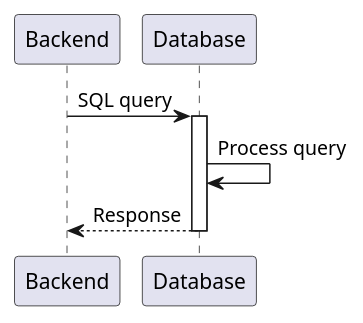
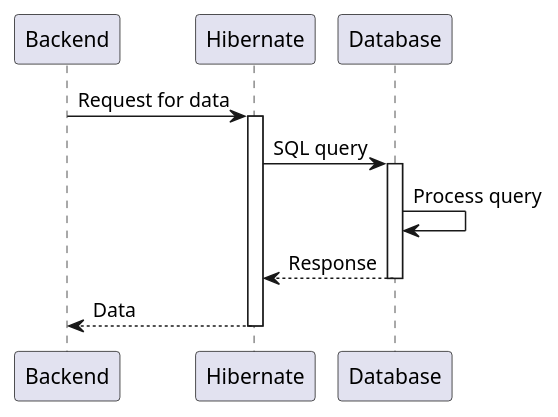
One commit to kambed/FoodzillaArchitecture changed the fourth of 5 diagrams in SequenceDiagrams.md. Above: the diagram before and after it, drawn with PlantUML.

Commit message:
#6 Update sequence diagrams

````diff
--- a/SequenceDiagrams.md
+++ b/SequenceDiagrams.md
@@ -68,11 +68,15 @@
 ```plantuml
 @startuml
 participant Backend
+participant Hibernate
 participant Database
 
-Backend -> Database: SQL query
+Backend -> Hibernate: Request for data
+activate Hibernate
+Hibernate -> Database: SQL query
 activate Database
 Database -> Database: Process query
 return Response
+return Data
 @enduml
 ```
````
